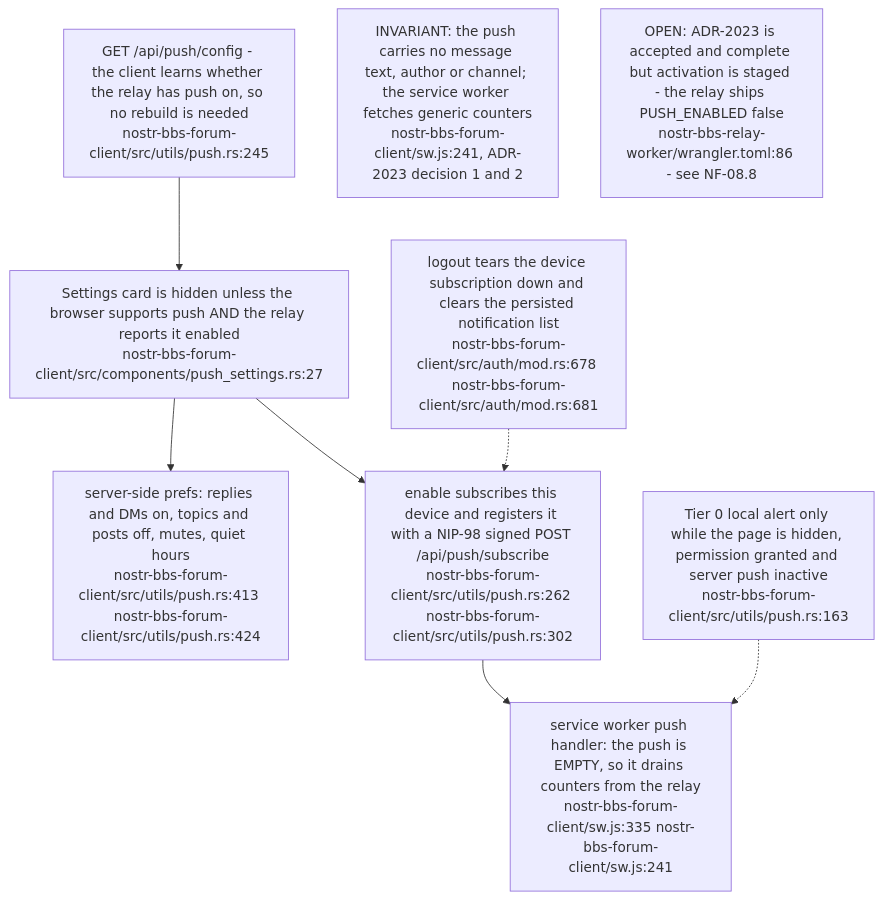
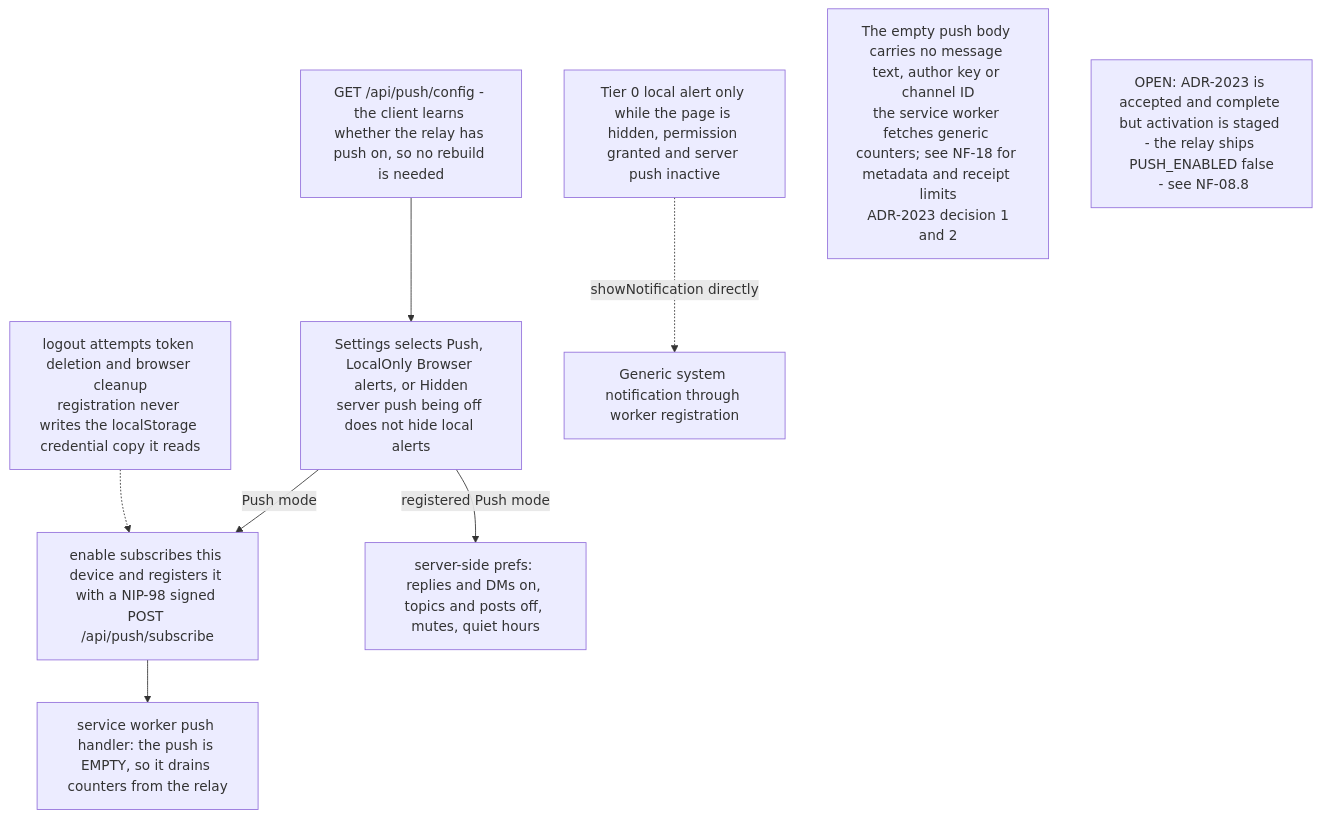
Before and after one commit to DreamLab-AI/VisionFlow: diagram 17 of 17 in docs/diagrams/nostr-rust-forum/05-leptos-clients-onboarding-messaging-governance.md, drawn with Mermaid. The commit also changed other lines of this file and 51 other files, not shown here.

````diff
--- a/docs/diagrams/nostr-rust-forum/05-leptos-clients-onboarding-messaging-governance.md
+++ b/docs/diagrams/nostr-rust-forum/05-leptos-clients-onboarding-messaging-governance.md
@@ -545,18 +545,34 @@
 ```mermaid
 flowchart TB
-    CFG["GET /api/push/config - the client learns whether the relay has push on, so no rebuild is needed<br/>nostr-bbs-forum-client/src/utils/push.rs:245"]
-    CARD["Settings card is hidden unless the browser supports push AND the relay reports it enabled<br/>nostr-bbs-forum-client/src/components/push_settings.rs:27"]
-    SUB["enable subscribes this device and registers it with a NIP-98 signed POST /api/push/subscribe<br/>nostr-bbs-forum-client/src/utils/push.rs:262 nostr-bbs-forum-client/src/utils/push.rs:302"]
-    PREFS["server-side prefs: replies and DMs on, topics and posts off, mutes, quiet hours<br/>nostr-bbs-forum-client/src/utils/push.rs:413 nostr-bbs-forum-client/src/utils/push.rs:424"]
-    SWPUSH["service worker push handler: the push is EMPTY, so it drains counters from the relay<br/>nostr-bbs-forum-client/sw.js:335 nostr-bbs-forum-client/sw.js:241"]
-    LOCAL["Tier 0 local alert only while the page is hidden, permission granted and server push inactive<br/>nostr-bbs-forum-client/src/utils/push.rs:163"]
-    OUT["logout tears the device subscription down and clears the persisted notification list<br/>nostr-bbs-forum-client/src/auth/mod.rs:678 nostr-bbs-forum-client/src/auth/mod.rs:681"]
+    %% Source: ../nostr-rust-forum/crates/nostr-bbs-forum-client/src/utils/push.rs:245
+    CFG["GET /api/push/config - the client learns whether the relay has push on, so no rebuild is needed"]
+    %% Source: ../nostr-rust-forum/crates/nostr-bbs-forum-client/src/components/push_settings.rs:27
+    CARD["Settings selects Push, LocalOnly Browser alerts, or Hidden<br/>server push being off does not hide local alerts"]
+    %% Source: ../nostr-rust-forum/crates/nostr-bbs-forum-client/src/utils/push.rs:262
+    %% Source: ../nostr-rust-forum/crates/nostr-bbs-forum-client/src/utils/push.rs:302
+    SUB["enable subscribes this device and registers it with a NIP-98 signed POST /api/push/subscribe<br/> "]
+    %% Source: ../nostr-rust-forum/crates/nostr-bbs-forum-client/src/utils/push.rs:413
+    %% Source: ../nostr-rust-forum/crates/nostr-bbs-forum-client/src/utils/push.rs:424
+    PREFS["server-side prefs: replies and DMs on, topics and posts off, mutes, quiet hours<br/> "]
+    %% Source: ../nostr-rust-forum/crates/nostr-bbs-forum-client/sw.js:335
+    %% Source: ../nostr-rust-forum/crates/nostr-bbs-forum-client/sw.js:241
+    SWPUSH["service worker push handler: the push is EMPTY, so it drains counters from the relay<br/> "]
+    %% Source: ../nostr-rust-forum/crates/nostr-bbs-forum-client/src/utils/push.rs:163
+    LOCAL["Tier 0 local alert only while the page is hidden, permission granted and server push inactive"]
+    %% Source: ../nostr-rust-forum/crates/nostr-bbs-forum-client/src/utils/push.rs:364
+    %% Source: ../nostr-rust-forum/crates/nostr-bbs-forum-client/src/utils/push.rs:368
+    OUT["logout attempts token deletion and browser cleanup<br/>registration never writes the localStorage credential copy it reads<br/> "]
 
-    CFG --> CARD --> SUB --> SWPUSH
-    CARD --> PREFS
-    LOCAL -.-> SWPUSH
+    CFG --> CARD
+    CARD -->|Push mode| SUB --> SWPUSH
+    CARD -->|registered Push mode| PREFS
+    LOCAL -. "showNotification directly" .-> SHOWN
+    %% Source: ../nostr-rust-forum/crates/nostr-bbs-forum-client/src/utils/push.rs:442
+    SHOWN["Generic system notification through worker registration"]
     OUT -.-> SUB
 
-    N1["INVARIANT: the push carries no message text, author or channel; the service worker fetches generic counters<br/>nostr-bbs-forum-client/sw.js:241, ADR-2023 decision 1 and 2"]
-    N2["OPEN: ADR-2023 is accepted and complete but activation is staged - the relay ships PUSH_ENABLED false<br/>nostr-bbs-relay-worker/wrangler.toml:86 - see NF-08.8"]
+    %% Source: ../nostr-rust-forum/crates/nostr-bbs-forum-client/sw.js:241
+    N1["The empty push body carries no message text, author key or channel ID<br/>the service worker fetches generic counters; see NF-18 for metadata and receipt limits<br/> ADR-2023 decision 1 and 2"]
+    %% Source: ../nostr-rust-forum/crates/nostr-bbs-relay-worker/wrangler.toml:86
+    N2["OPEN: ADR-2023 is accepted and complete but activation is staged - the relay ships PUSH_ENABLED false<br/> - see NF-08.8"]
 ```
````
